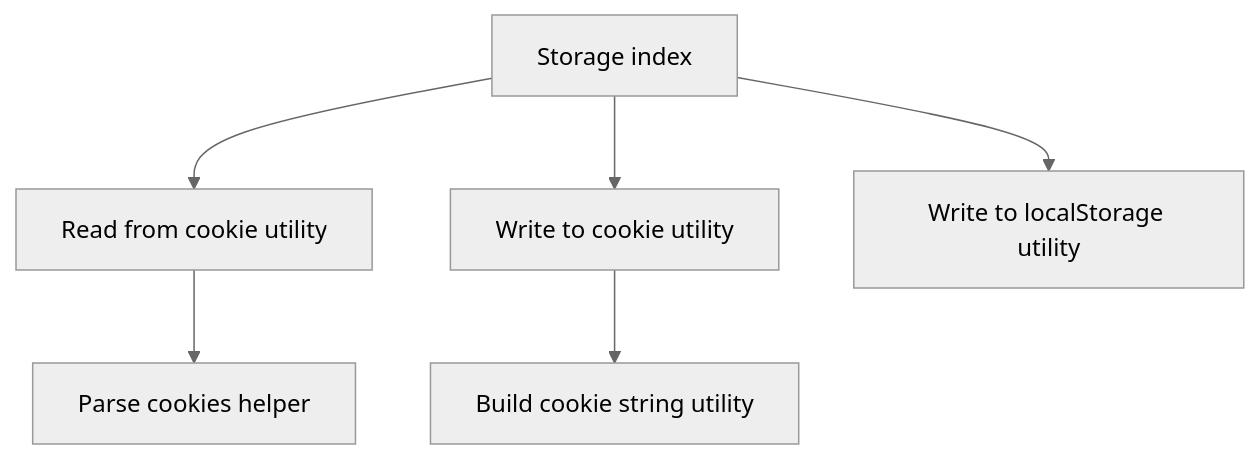
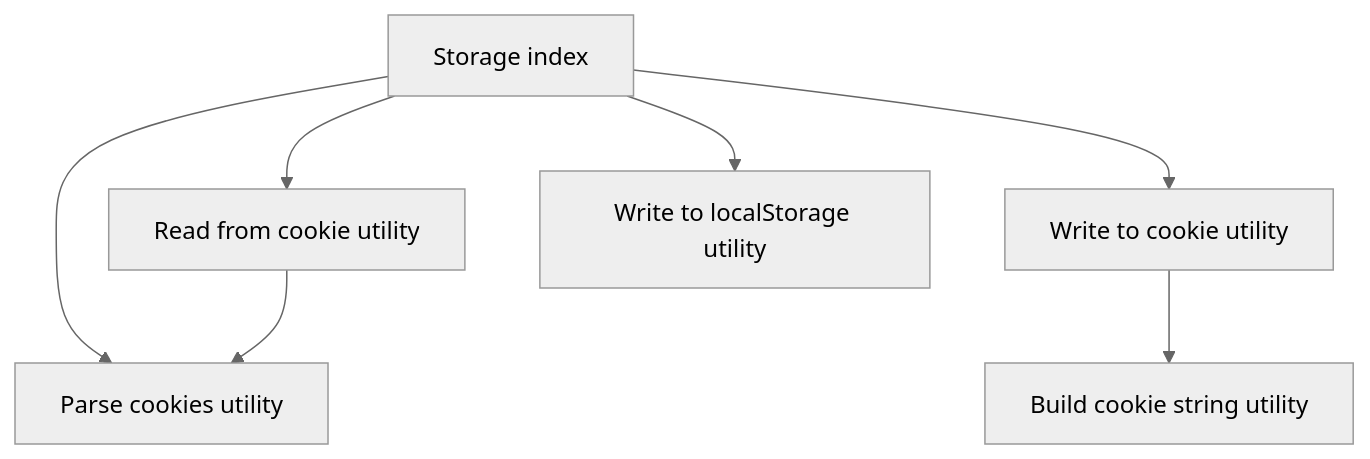
The first of 5 diagrams in src/utils/storage/ARCHITECTURE.md (luciocabrera/lcabrera-stack), drawn with Mermaid (neutral theme) before and after one commit. The commit also changed other lines of this file and 25 other files, not shown here.

````diff
--- a/src/utils/storage/ARCHITECTURE.md
+++ b/src/utils/storage/ARCHITECTURE.md
@@ -19,9 +20,10 @@
 ```mermaid
 graph TD
-  Index[Storage index] --> Read[Read from cookie utility]
+  Index[Storage index] --> Parse[Parse cookies utility]
+  Index --> Read[Read from cookie utility]
   Index --> WriteCookie[Write to cookie utility]
   Index --> WriteLocal[Write to localStorage utility]
 
   WriteCookie --> BuildCookie[Build cookie string utility]
-  Read --> Parse[Parse cookies helper]
+  Read --> Parse
 ```
````
